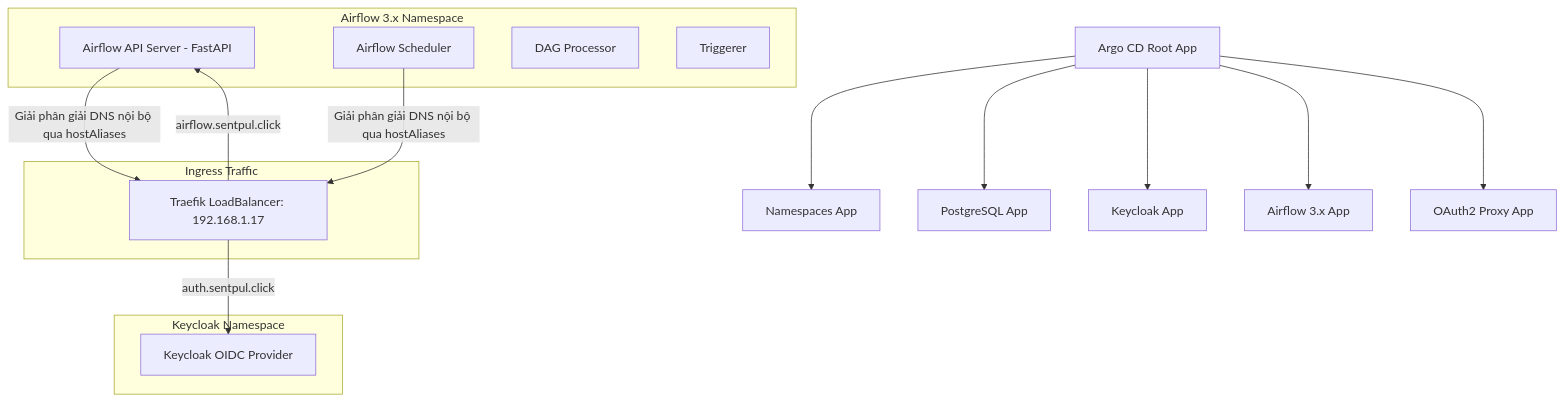
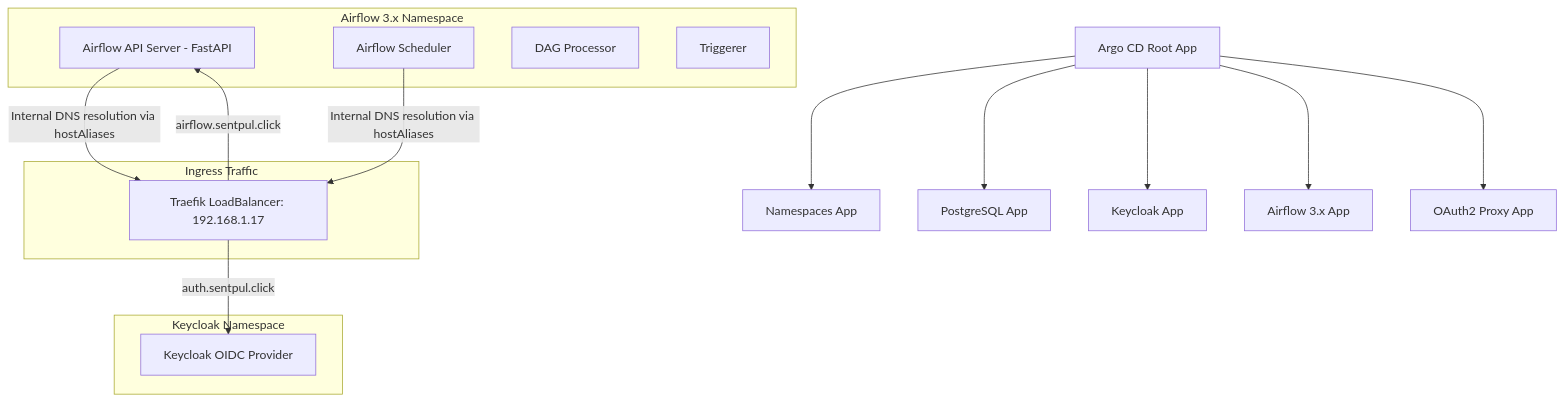
One commit to khaidao2/sentiment_pulse changed the diagram in README.md. Above: the diagram before and after it, drawn with Mermaid. The commit also changed other lines of this file and 16 other files, not shown here.

````diff
--- a/README.md
+++ b/README.md
@@ -11,28 +11,28 @@
 ```mermaid
 graph TD
     Root[Argo CD Root App] --> AppNS[Namespaces App]
     Root --> AppDB[PostgreSQL App]
     Root --> AppKC[Keycloak App]
     Root --> AppAirflow[Airflow 3.x App]
     Root --> AppOAuth[OAuth2 Proxy App]
     
     subgraph Airflow 3.x Namespace
         API[Airflow API Server - FastAPI]
         SCH[Airflow Scheduler]
         DP[DAG Processor]
         TR[Triggerer]
     end
-
+    
     subgraph Keycloak Namespace
         KC[Keycloak OIDC Provider]
     end
-
+    
     subgraph Ingress Traffic
         Traefik[Traefik LoadBalancer: 192.168.1.17]
         Traefik -- "auth.sentpul.click" --> KC
         Traefik -- "airflow.sentpul.click" --> API
     end
-
-    API -- "Giải phân giải DNS nội bộ qua hostAliases" --> Traefik
-    SCH -- "Giải phân giải DNS nội bộ qua hostAliases" --> Traefik
+    
+    API -- "Internal DNS resolution via hostAliases" --> Traefik
+    SCH -- "Internal DNS resolution via hostAliases" --> Traefik
 ```
````
